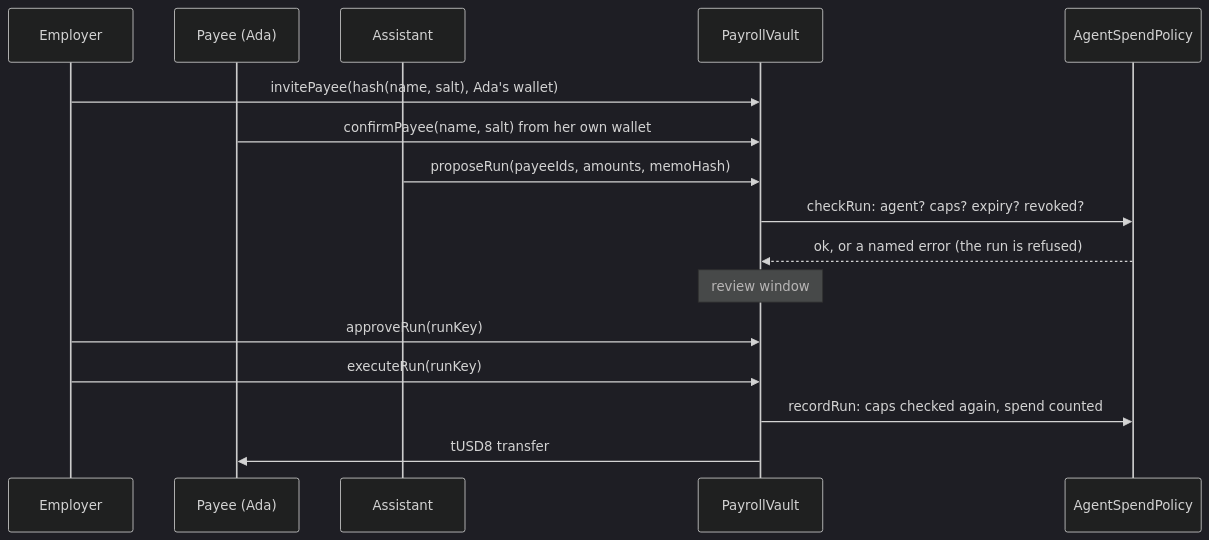
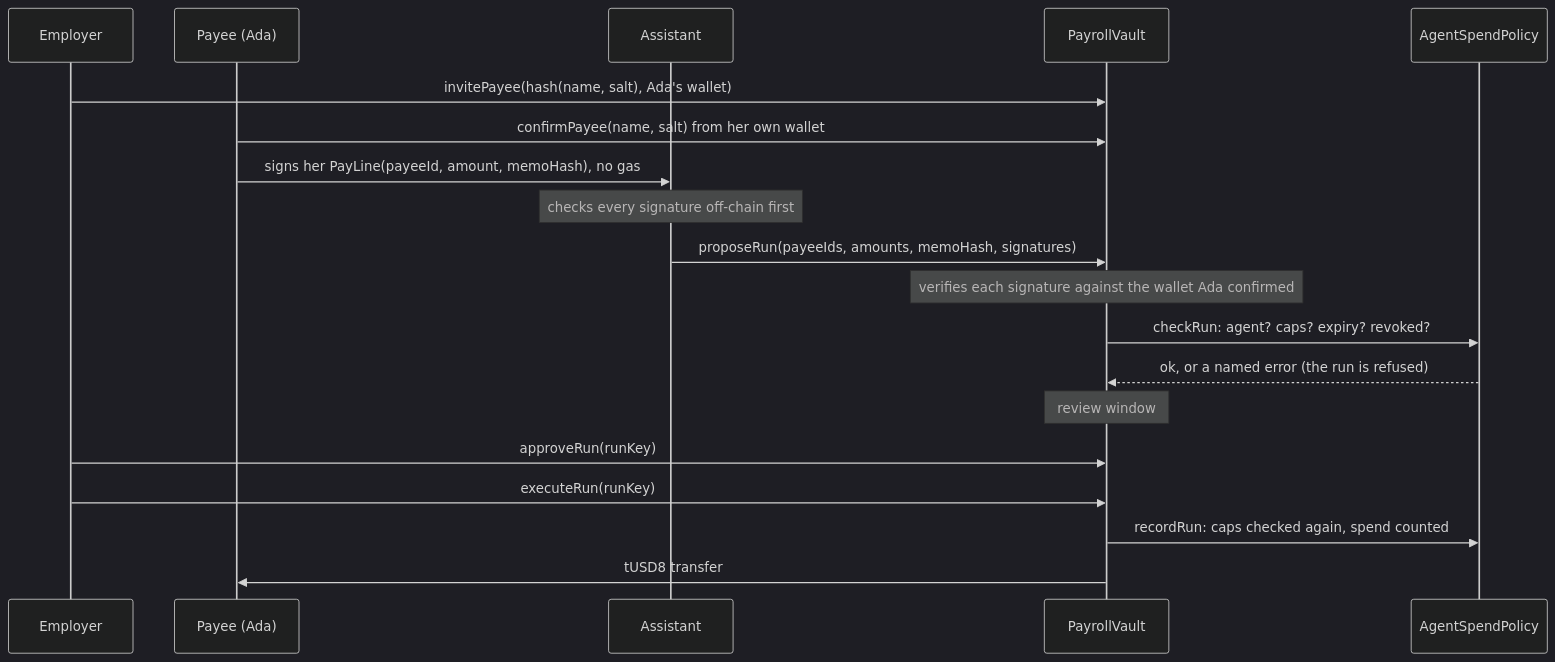
Before and after one commit to africtoby/paywarden: the second of 2 diagrams in README.md, drawn with Mermaid (dark theme). The commit also changed other lines of this file and 7 other files, not shown here.

Commit message:
Deploy factory with worker-signed pay lines; fresh on-chain proof; attack test 63/63

````diff
--- a/README.md
+++ b/README.md
@@ -116,18 +117,21 @@
 ```mermaid
 sequenceDiagram
     participant E as Employer
     participant Y as Payee (Ada)
     participant A as Assistant
     participant V as PayrollVault
     participant P as AgentSpendPolicy
     E->>V: invitePayee(hash(name, salt), Ada's wallet)
     Y->>V: confirmPayee(name, salt) from her own wallet
-    A->>V: proposeRun(payeeIds, amounts, memoHash)
+    Y->>A: signs her PayLine(payeeId, amount, memoHash), no gas
+    Note over A: checks every signature off-chain first
+    A->>V: proposeRun(payeeIds, amounts, memoHash, signatures)
+    Note over V: verifies each signature against the wallet Ada confirmed
     V->>P: checkRun: agent? caps? expiry? revoked?
     P-->>V: ok, or a named error (the run is refused)
     Note over V: review window
     E->>V: approveRun(runKey)
     E->>V: executeRun(runKey)
     V->>P: recordRun: caps checked again, spend counted
     V->>Y: tUSD8 transfer
 ```
````
